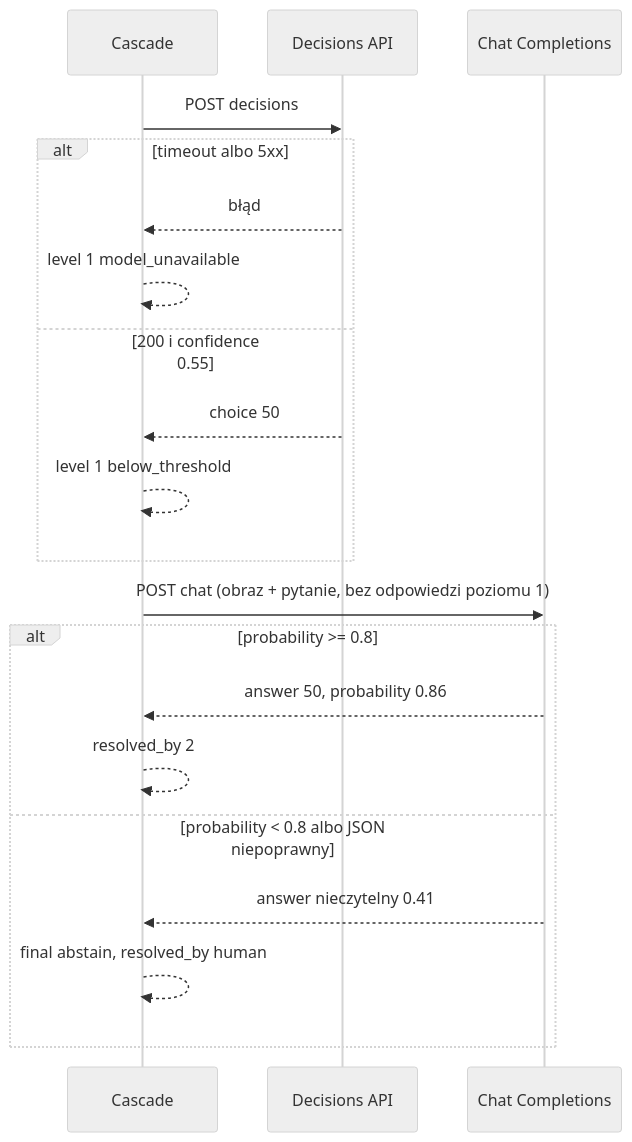
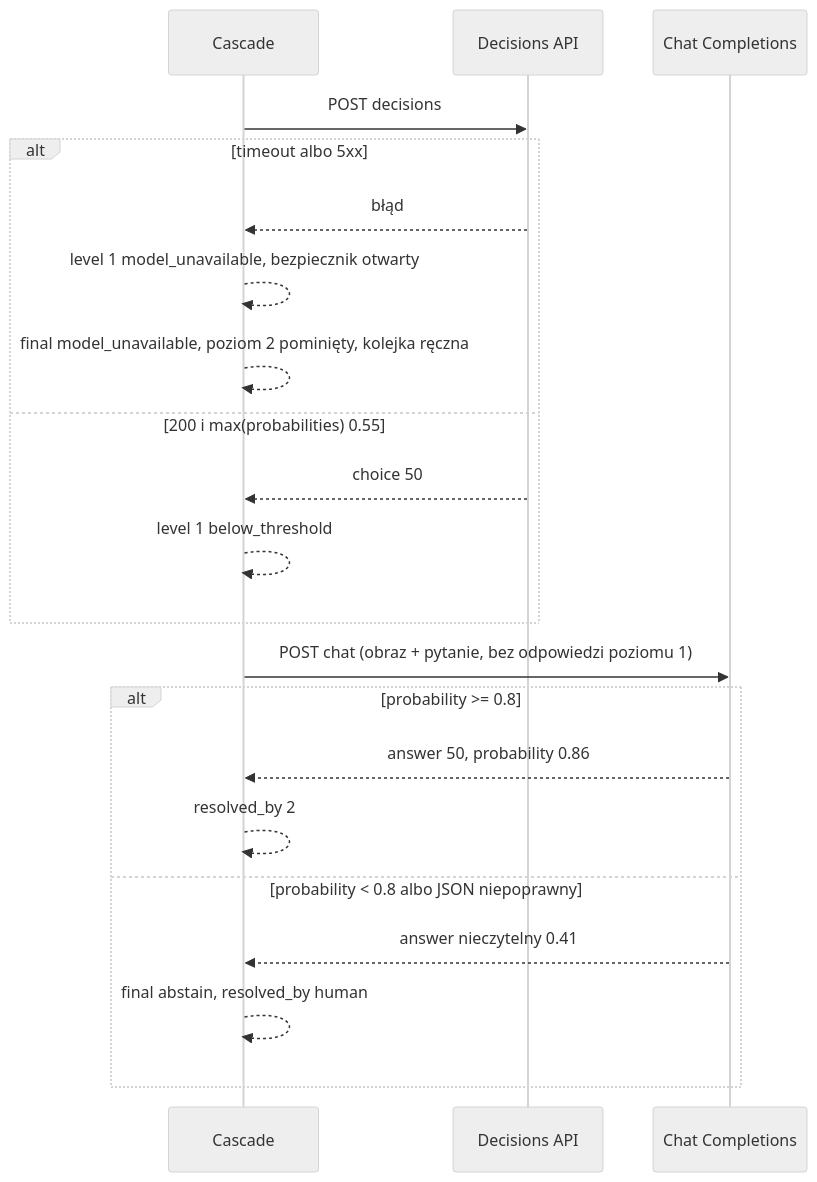
One commit to kamil02112026/jsystems-claude-codex-gis-2026-11_KL changed the third of 4 diagrams in docs/ADR/003-model-cascade.md. Above: the diagram before and after it, drawn with Mermaid (neutral theme). The commit also changed other lines of this file and 3 other files, not shown here.

````diff
--- a/docs/ADR/003-model-cascade.md
+++ b/docs/ADR/003-model-cascade.md
@@ -327,22 +339,23 @@
 ```mermaid
 sequenceDiagram
   participant C as Cascade
   participant D as Decisions API
   participant H as Chat Completions
   C->>D: POST decisions
   alt timeout albo 5xx
     D-->>C: błąd
-    C-->>C: level 1 model_unavailable
-  else 200 i confidence 0.55
+    C-->>C: level 1 model_unavailable, bezpiecznik otwarty
+    C-->>C: final model_unavailable, poziom 2 pominięty, kolejka ręczna
+  else 200 i max(probabilities) 0.55
     D-->>C: choice 50
     C-->>C: level 1 below_threshold
   end
   C->>H: POST chat (obraz + pytanie, bez odpowiedzi poziomu 1)
   alt probability >= 0.8
     H-->>C: answer 50, probability 0.86
     C-->>C: resolved_by 2
   else probability < 0.8 albo JSON niepoprawny
     H-->>C: answer nieczytelny 0.41
     C-->>C: final abstain, resolved_by human
   end
 ```
````
